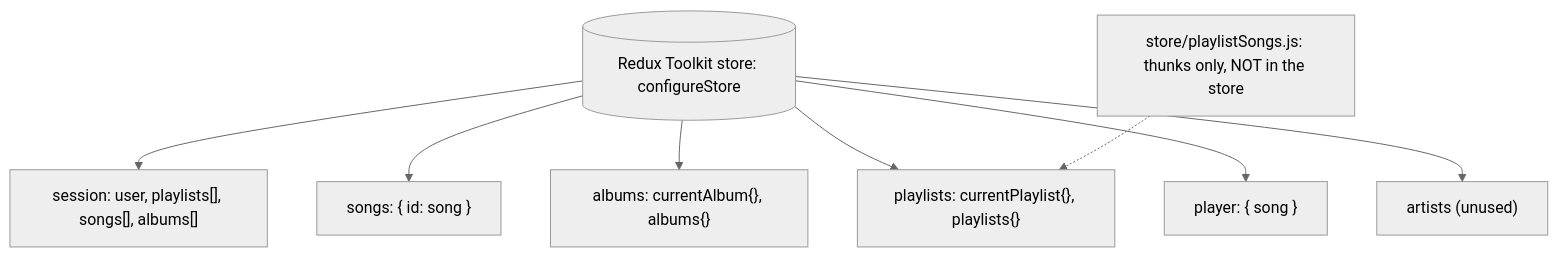
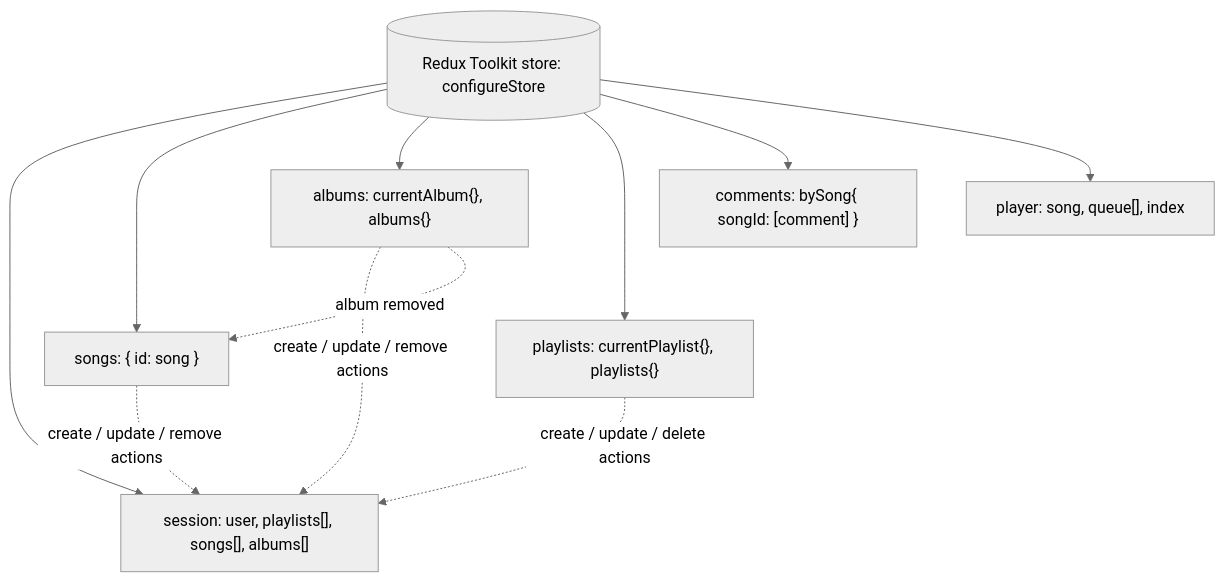
Before and after one commit to tyler-tor/SoundHaze: the fourth of 5 diagrams in docs/WALKTHROUGH.md, drawn with Mermaid (neutral theme). The commit also changed other lines of this file and 1 other file, not shown here.

````diff
--- a/docs/WALKTHROUGH.md
+++ b/docs/WALKTHROUGH.md
@@ -609,10 +624,13 @@
 ```mermaid
 flowchart TB
     S[(Redux Toolkit store: configureStore)] --> session["session: user, playlists[], songs[], albums[]"]
     S --> songs["songs: { id: song }"]
     S --> albums["albums: currentAlbum{}, albums{}"]
     S --> playlists["playlists: currentPlaylist{}, playlists{}"]
-    S --> player["player: { song }"]
-    S --> artists["artists (unused)"]
-    PS["store/playlistSongs.js: thunks only, NOT in the store"] -.-> playlists
+    S --> comments["comments: bySong{ songId: [comment] }"]
+    S --> player["player: song, queue[], index"]
+    albums -. "create / update / remove actions" .-> session
+    playlists -. "create / update / delete actions" .-> session
+    songs -. "create / update / remove actions" .-> session
+    albums -. "album removed" .-> songs
 ```
````
